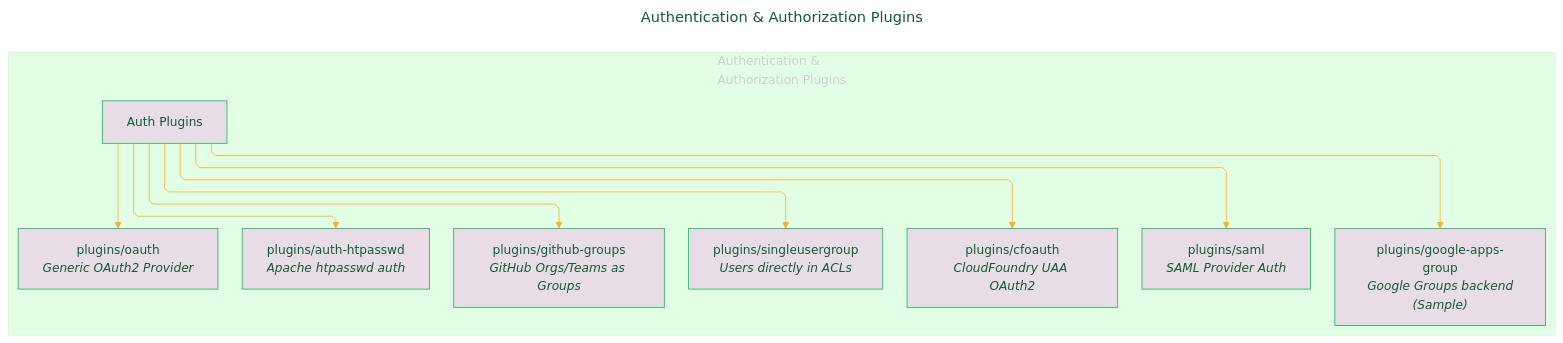
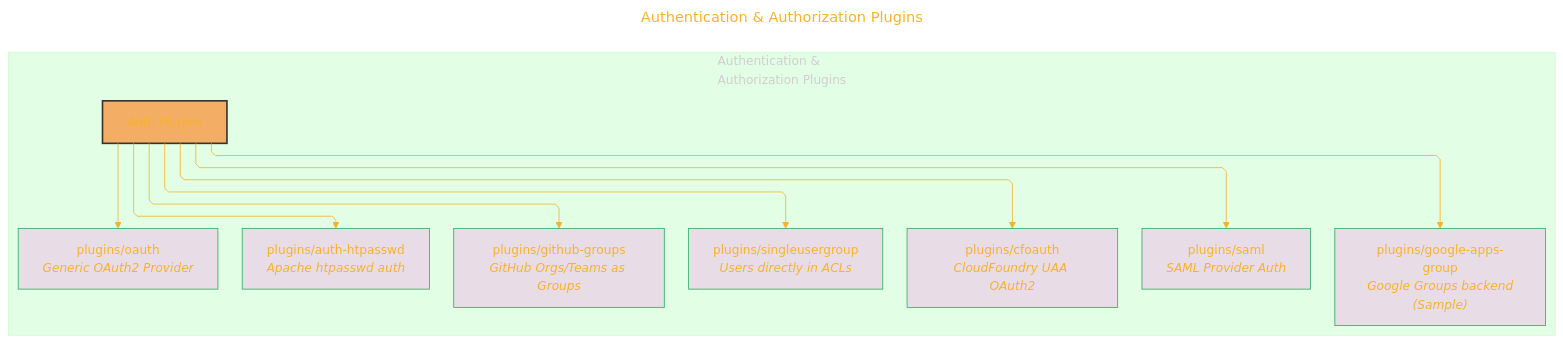
Before and after one commit to CongLeSolutionX/Chromium_Project: the fifth of 12 diagrams in Gerrit_Ecosystem_on_gerrit_googlesource.md, drawn with Mermaid. The commit also changed other lines of this file, not shown here.

````diff
--- a/Gerrit_Ecosystem_on_gerrit_googlesource.md
+++ b/Gerrit_Ecosystem_on_gerrit_googlesource.md
@@ -337,52 +365,53 @@
 ```mermaid
 ---
 title: "Authentication & Authorization Plugins"
 author: "Cong Le"
 version: "1.0"
 license(s): "MIT, CC BY 4.0"
 copyright: "Copyright (c) 2025 Cong Le. All Rights Reserved."
 config:
   layout: elk
   theme: base
 ---
 %%%%%%%% Mermaid version v11.4.1-b.14
 %%%%%%%% Available curve styles include the following keywords:
 %% basis, bumpX, bumpY, cardinal, catmullRom, linear, monotoneX, monotoneY, natural, step, stepAfter, stepBefore.
 %%{
   init: {
     'securityLevel': 'loose',
     'flowchart': { 'htmlLabels': true, 'curve': 'linear' },
     'fontFamily': 'Monaco',
     'themeVariables': {
       'primaryColor': '#F5E3',
-      'primaryTextColor': '#145A32',
+      'primaryTextColor': '#F8B229',
       'lineColor': '#F8B229',
       'primaryBorderColor': '#27AE60',
       'secondaryColor': '#EBDEF0',
       'secondaryTextColor': '#6C3483',
       'secondaryBorderColor': '#A569BD',
       'fontSize': '15px'
     }
   }
 }%%
 flowchart TD
     subgraph AuthPlugins["Authentication &<br/> Authorization Plugins"]
         P_AuthRoot["Auth Plugins"]
+        style P_AuthRoot fill:#F719,stroke:#333,stroke-width:2px
 
         P_AuthRoot --> P_htpasswd["plugins/auth-htpasswd<br/><i>Apache htpasswd auth</i>"]
          click P_htpasswd href "https://gerrit.googlesource.com/plugins/auth-htpasswd" "plugins/auth-htpasswd"
         P_AuthRoot --> P_cfoauth["plugins/cfoauth<br/><i>CloudFoundry UAA OAuth2</i>"]
          click P_cfoauth href "https://gerrit.googlesource.com/plugins/cfoauth" "plugins/cfoauth"
         P_AuthRoot --> P_oauth["plugins/oauth<br/><i>Generic OAuth2 Provider</i>"]
          click P_oauth href "https://gerrit.googlesource.com/plugins/oauth" "plugins/oauth"
         P_AuthRoot --> P_saml["plugins/saml<br/><i>SAML Provider Auth</i>"]
          click P_saml href "https://gerrit.googlesource.com/plugins/saml" "plugins/saml"
         P_AuthRoot --> P_gapps_group["plugins/google-apps-group<br/><i>Google Groups backend<br/>(Sample)</i>"]
          click P_gapps_group href "https://gerrit.googlesource.com/plugins/google-apps-group" "plugins/google-apps-group"
         P_AuthRoot --> P_github_groups["plugins/github-groups<br/><i>GitHub Orgs/Teams as Groups</i>"]
          click P_github_groups href "https://gerrit.googlesource.com/plugins/github-groups" "plugins/github-groups"
         P_AuthRoot --> P_singleuser["plugins/singleusergroup<br/><i>Users directly in ACLs</i>"]
          click P_singleuser href "https://gerrit.googlesource.com/plugins/singleusergroup" "plugins/singleusergroup"
     end
 
 ```
````
